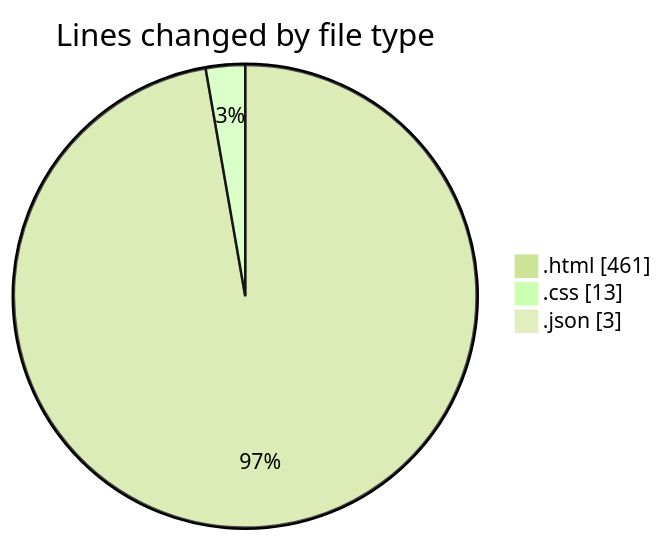
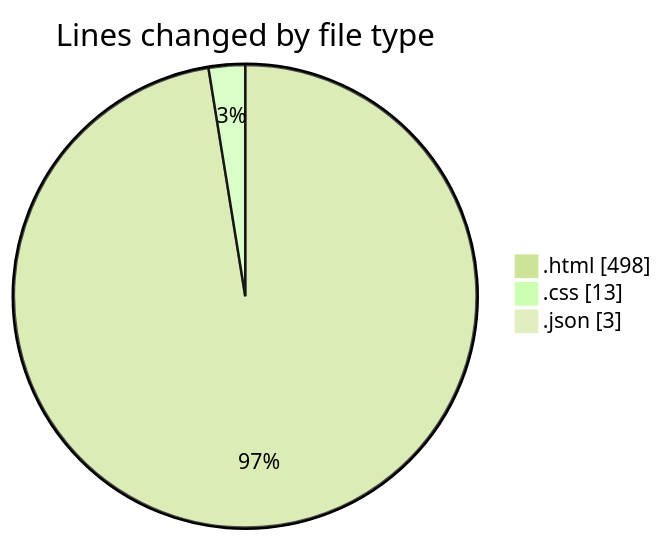
One commit to hasnaa123/code-tracking changed the first of 2 diagrams in 2025-12-11/technologie_web/README.md. Above: the diagram before and after it, drawn with Mermaid (forest theme). The commit also changed other lines of this file and 1 other file, not shown here.

````diff
--- a/2025-12-11/technologie_web/README.md
+++ b/2025-12-11/technologie_web/README.md
@@ -23,7 +23,7 @@
 ```mermaid
 pie showData
 title Lines changed by file type
-".html" : 461
+".html" : 498
 ".css" : 13
 ".json" : 3
 ```
````
